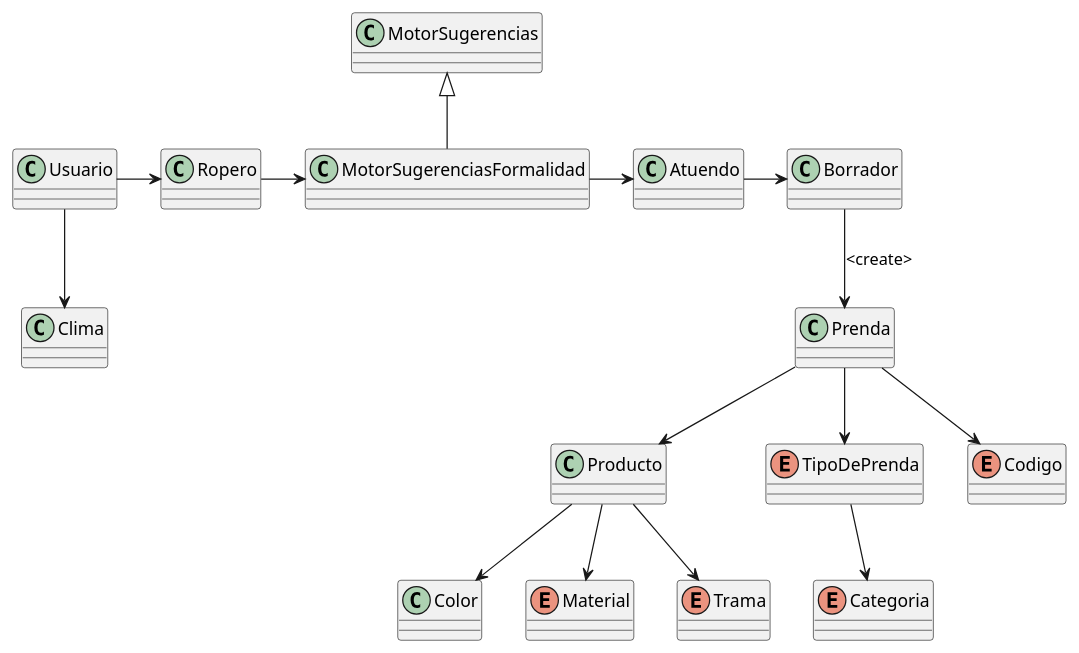
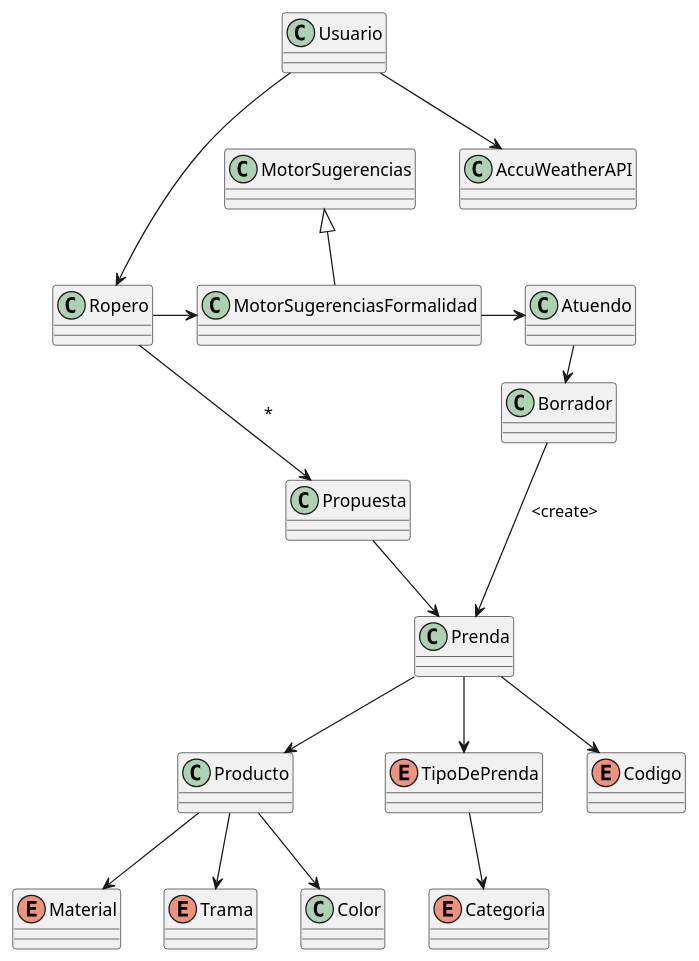
Before and after one commit to KVasquesMoviaUTN/DDS-QMP: the diagram in src/main/java/ar/edu/utn/frba/dds/Diagrama.puml, drawn with PlantUML. The commit also changed 7 other files, not shown here.

```diff
--- a/src/main/java/ar/edu/utn/frba/dds/Diagrama.puml
+++ b/src/main/java/ar/edu/utn/frba/dds/Diagrama.puml
@@ -1,42 +1,44 @@
 @startuml
 'https://plantuml.com/class-diagram
 
 class Borrador
 class Color
 class Prenda
 class Producto
 class MotorSugerencias
 class MotorSugerenciasFormalidad extends MotorSugerencias
 class Usuario
 class Ropero
 class Atuendo
-class Clima
+class AccuWeatherAPI
+class Propuesta
 
 enum Categoria
 enum Material
 enum TipoDePrenda
 enum Trama
 enum Codigo
 
 TipoDePrenda --> Categoria
 
 Producto --> Color
 Producto --> Trama
 Producto --> Material
 
 Prenda --> TipoDePrenda
 Prenda --> Producto
 Prenda --> Codigo
 
 Borrador --> Prenda : <create>
 
-Usuario -> Ropero
+Usuario ---> Ropero
 Ropero -> MotorSugerenciasFormalidad
 MotorSugerenciasFormalidad -> Atuendo
 Atuendo -> Borrador
 
-Usuario --> Clima
+Usuario --> AccuWeatherAPI
 
-
+Ropero --> Propuesta : *
+Propuesta --> Prenda
 
 @enduml
```
